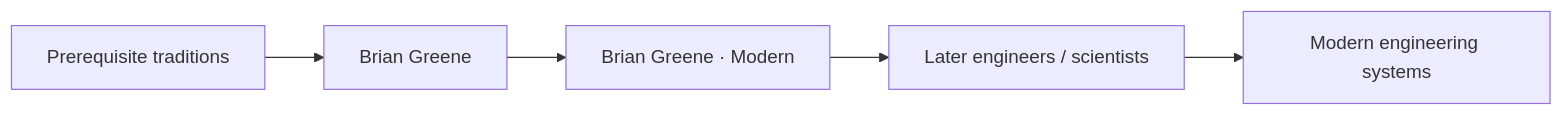
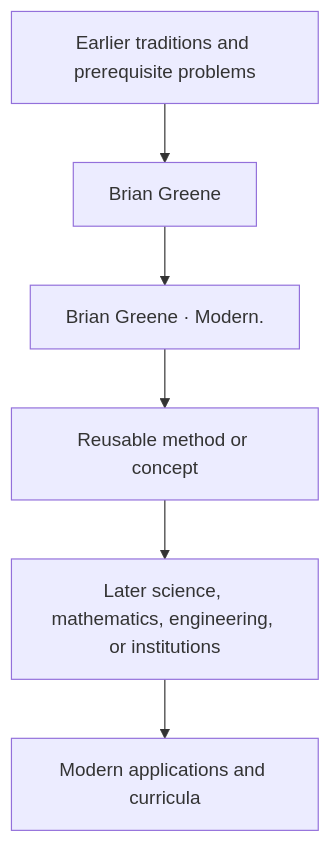
The diagram in docs/history/brian-greene/influence.md (via-decide/ViaLogic), drawn with Mermaid before and after one commit. The commit also changed other lines of this file and 858 other files, not shown here.

````diff
--- a/docs/history/brian-greene/influence.md
+++ b/docs/history/brian-greene/influence.md
@@ -29,7 +16,8 @@
 ```mermaid
-graph LR
-  prerequisites["Prerequisite traditions"] --> current["Brian Greene"]
-  current --> contribution["Brian Greene · Modern"]
-  contribution --> successors["Later engineers / scientists"]
-  successors --> modern["Modern engineering systems"]
+graph TD
+  Prior[Earlier traditions and prerequisite problems] --> Person[Brian Greene]
+  Person --> Contribution[Brian Greene · Modern.]
+  Contribution --> Method[Reusable method or concept]
+  Method --> Later[Later science, mathematics, engineering, or institutions]
+  Later --> Modern[Modern applications and curricula]
 ```
````
